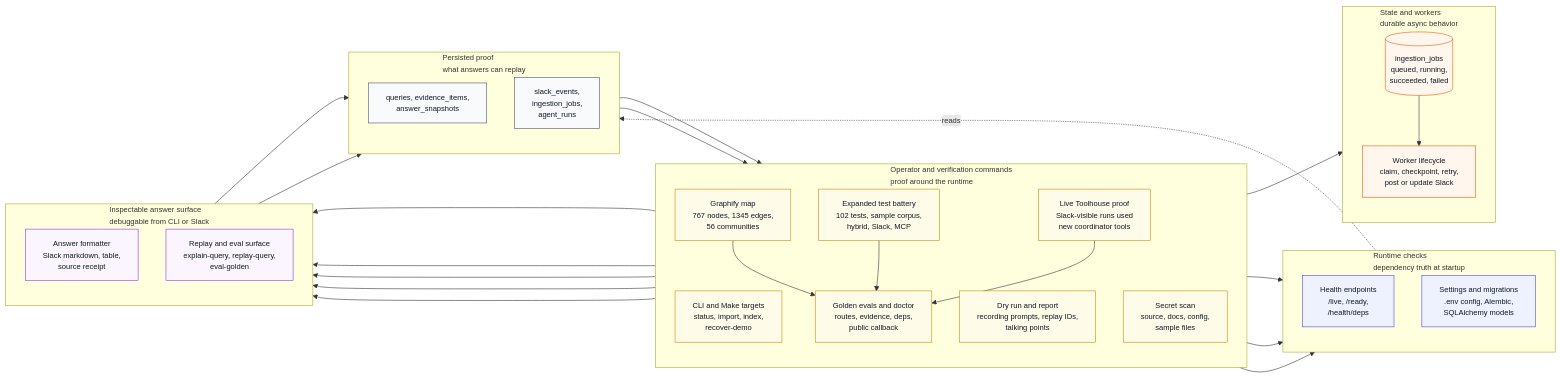
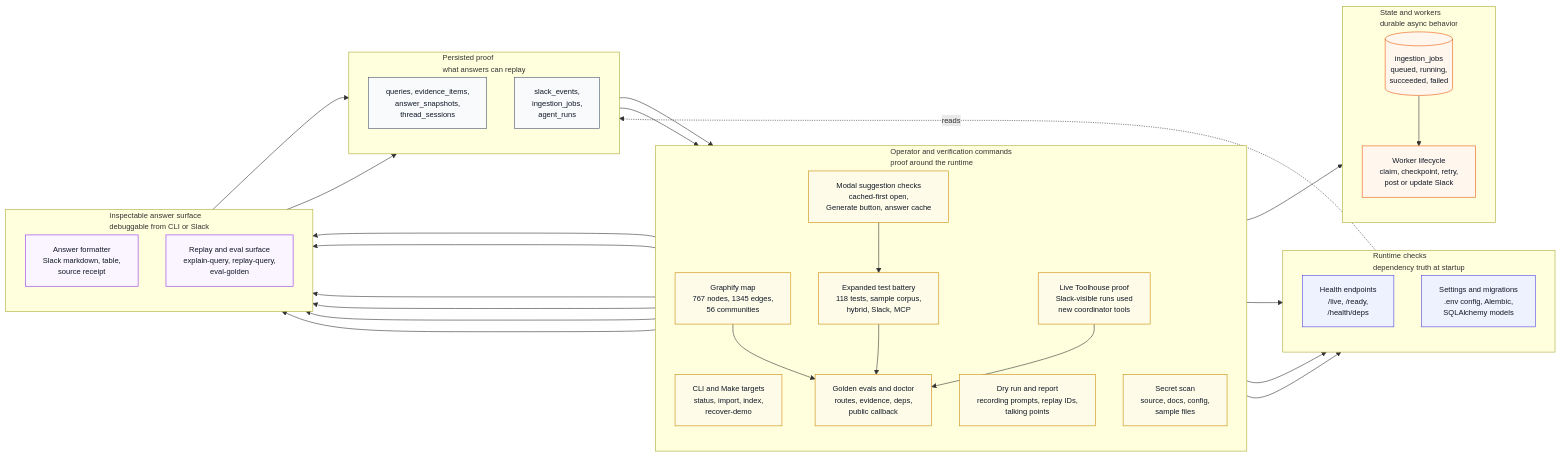
Before and after one commit to Aqwerty321/CRE-Knowledge-Engine: the fifth of 8 diagrams in README.md, drawn with Mermaid. The commit also changed other lines of this file and 23 other files, not shown here.

First line of the commit message:
feat: add follow-up thread session management and suggestion generation

````diff
--- a/README.md
+++ b/README.md
@@ -319,68 +359,71 @@
 ```mermaid
 %%{init: {"flowchart": {"htmlLabels": true, "curve": "basis", "nodeSpacing": 48, "rankSpacing": 62, "wrappingWidth": 190}, "themeVariables": {"fontSize": "13px"}} }%%
 flowchart LR
     classDef ops fill:#fefce8,stroke:#ca8a04,color:#111827
     classDef app fill:#eef2ff,stroke:#4f46e5,color:#111827
     classDef store fill:#f8fafc,stroke:#475569,color:#111827
     classDef answer fill:#faf5ff,stroke:#9333ea,color:#111827
     classDef jobs fill:#fff7ed,stroke:#ea580c,color:#111827
 
     subgraph O["Operator and verification commands<br/>proof around the runtime"]
         direction TB
         O1["CLI and Make targets<br/>status, import, index,<br/>recover-demo"]
         O2["Golden evals and doctor<br/>routes, evidence, deps,<br/>public callback"]
         O3["Dry run and report<br/>recording prompts, replay IDs,<br/>talking points"]
         O4["Secret scan<br/>source, docs, config,<br/>sample files"]
         O5["Graphify map<br/>767 nodes, 1345 edges,<br/>56 communities"]
-        O6["Expanded test battery<br/>102 tests, sample corpus,<br/>hybrid, Slack, MCP"]
+        O6["Expanded test battery<br/>118 tests, sample corpus,<br/>hybrid, Slack, MCP"]
+        O8["Modal suggestion checks<br/>cached-first open,<br/>Generate button, answer cache"]
         O7["Live Toolhouse proof<br/>Slack-visible runs used<br/>new coordinator tools"]
     end
 
     subgraph A["Runtime checks<br/>dependency truth at startup"]
         direction TB
         A3["Health endpoints<br/>/live, /ready,<br/>/health/deps"]
         A5["Settings and migrations<br/>.env config, Alembic,<br/>SQLAlchemy models"]
     end
 
     subgraph J["State and workers<br/>durable async behavior"]
         direction TB
         J0[("ingestion_jobs<br/>queued, running,<br/>succeeded, failed")]
         J4["Worker lifecycle<br/>claim, checkpoint, retry,<br/>post or update Slack"]
     end
 
     subgraph E["Persisted proof<br/>what answers can replay"]
         direction TB
-        E4["queries, evidence_items,<br/>answer_snapshots"]
+        E4["queries, evidence_items,<br/>answer_snapshots,<br/>thread_sessions"]
         E5["slack_events,<br/>ingestion_jobs,<br/>agent_runs"]
     end
 
     subgraph R["Inspectable answer surface<br/>debuggable from CLI or Slack"]
         direction TB
         R4["Answer formatter<br/>Slack markdown, table,<br/>source receipt"]
         R5["Replay and eval surface<br/>explain-query, replay-query,<br/>eval-golden"]
     end
 
     O1 --> J0 --> J4
     O1 --> A3
     O2 --> A3
     O2 --> R5
     O3 --> R4
     O3 --> R5
     O4 --> A5
     O5 --> O2
     O6 --> O2
     O6 --> R5
+    O8 --> O6
+    O8 --> R5
     O7 --> O2
     O7 --> R5
     A3 -.reads.-> E5
     R4 --> E4
     R5 --> E4
     E4 --> O3
     E5 --> O2
 
-    class O1,O2,O3,O4,O5,O6,O7 ops
+    class O1,O2,O3,O4,O5,O6,O7,O8 ops
     class A3,A5 app
     class J0,J4 jobs
     class E4,E5 store
     class R4,R5 answer
 ```
````
